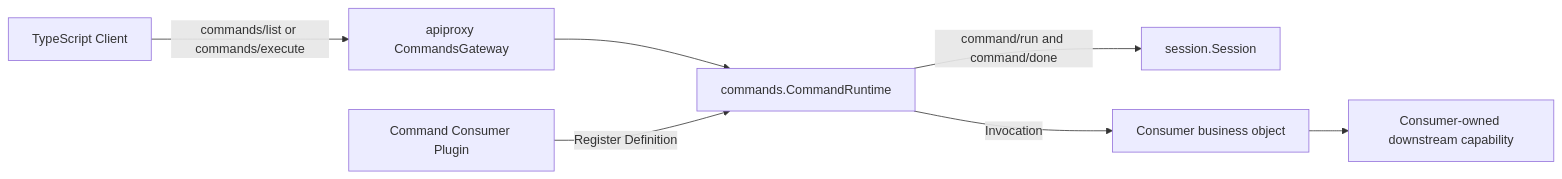
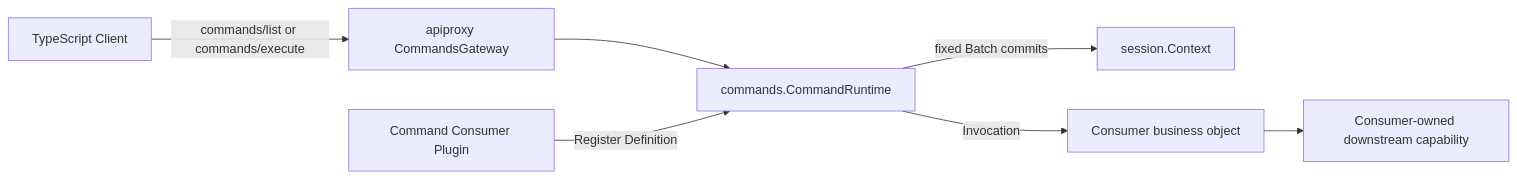
The first of 2 diagrams in commands/README.zh-CN.md (gorenx/goren), drawn with Mermaid before and after one commit. The commit also changed other lines of this file and 20 other files, not shown here.

Commit message:
docs(session): document coordinated write architecture

````diff
--- a/commands/README.zh-CN.md
+++ b/commands/README.zh-CN.md
@@ -21,9 +21,9 @@
 ```mermaid
 flowchart LR
     CLIENT[TypeScript Client] -->|commands/list or commands/execute| API[apiproxy CommandsGateway]
     API --> REG[commands.CommandRuntime]
     PLUGIN[Command Consumer Plugin] -->|Register Definition| REG
-    REG -->|command/run and command/done| SESSION[session.Session]
+    REG -->|fixed Batch commits| SESSION[session.Context]
     REG -->|Invocation| BUSINESS[Consumer business object]
     BUSINESS --> CAP[Consumer-owned downstream capability]
 ```
````
